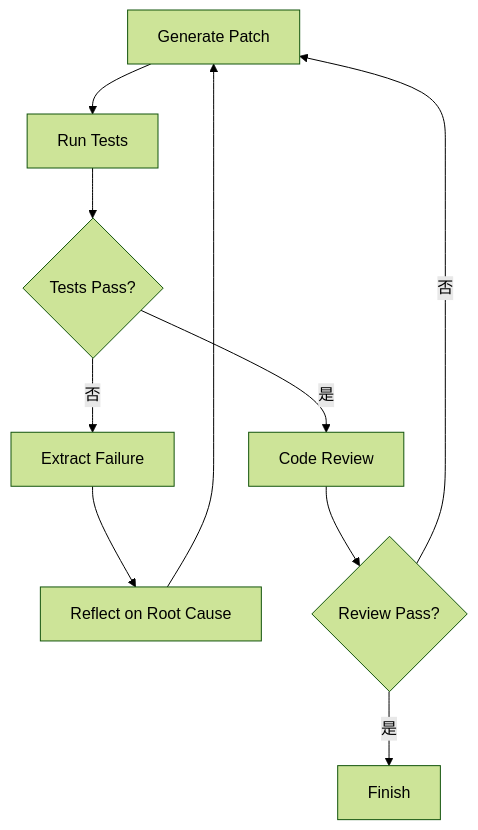
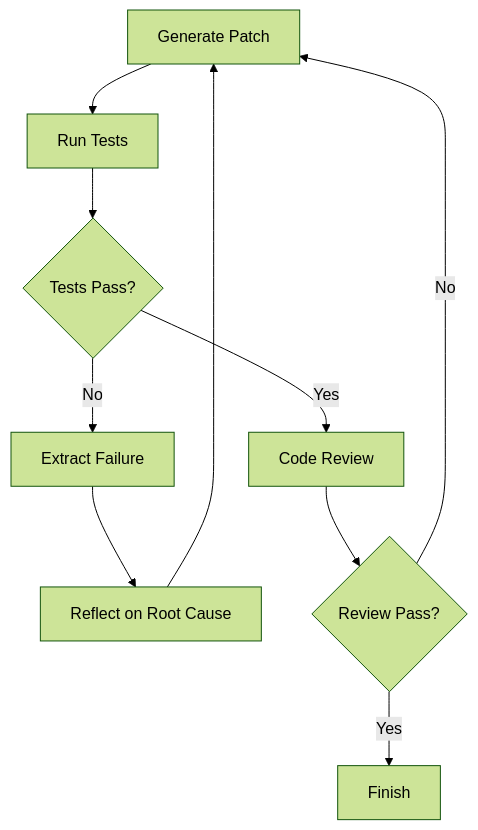
One commit to oneleaveknowsthefall/awesome-ai-roadmap changed diagram 21 of 23 in docs/agent/02-reasoning-planning/12-agent-reflection.md. Above: the diagram before and after it, drawn with Mermaid (forest theme). The commit also changed other lines of this file and 68 other files, not shown here.

````diff
--- a/docs/agent/02-reasoning-planning/12-agent-reflection.md
+++ b/docs/agent/02-reasoning-planning/12-agent-reflection.md
@@ -941,12 +939,12 @@
 ```mermaid
 flowchart TB
     G[Generate Patch] --> T[Run Tests]
     T --> D{Tests Pass?}
-    D -->|是| R[Code Review]
-    D -->|否| F[Extract Failure]
+    D -->|Yes| R[Code Review]
+    D -->|No| F[Extract Failure]
     F --> REF[Reflect on Root Cause]
     REF --> G
     R --> Q{Review Pass?}
-    Q -->|是| DONE[Finish]
-    Q -->|否| G
+    Q -->|Yes| DONE[Finish]
+    Q -->|No| G
 ```
````
